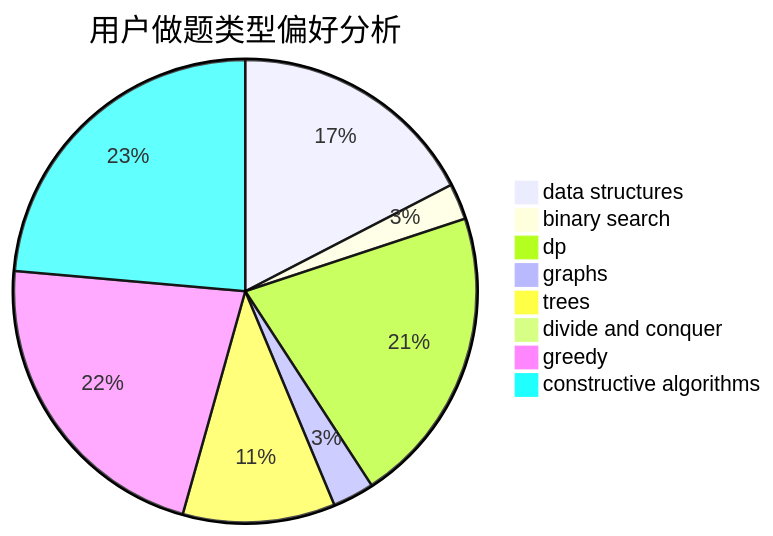
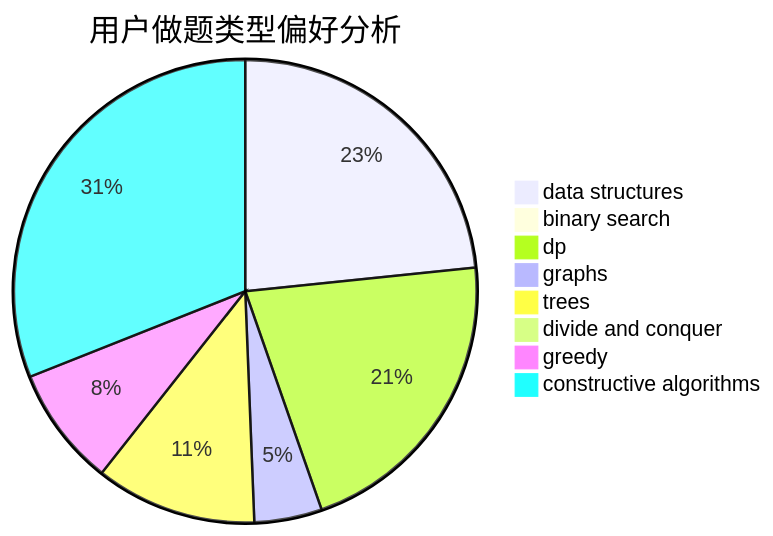
Before and after one commit to sherpahu/cfrs.github.io: the second of 3 diagrams in docs/user/u2489.md, drawn with Mermaid. The commit also changed other lines of this file and 2770 other files, not shown here.

````diff
--- a/docs/user/u2489.md
+++ b/docs/user/u2489.md
@@ -23,11 +23,11 @@
 ```mermaid
 pie title 用户做题类型偏好分析
-    "data structures" :  90
-    "binary search" :  13
-    "dp" :  108
-    "graphs" :  15
-    "trees" :  55
-    "divide and conquer" :  3
-    "greedy" :  114
-    "constructive algorithms" :  122
+    "data structures" :  168
+    "binary search" :  7
+    "dp" :  153
+    "graphs" :  34
+    "trees" :  81
+    "divide and conquer" :  0
+    "greedy" :  60
+    "constructive algorithms" :  223
 ```
````
